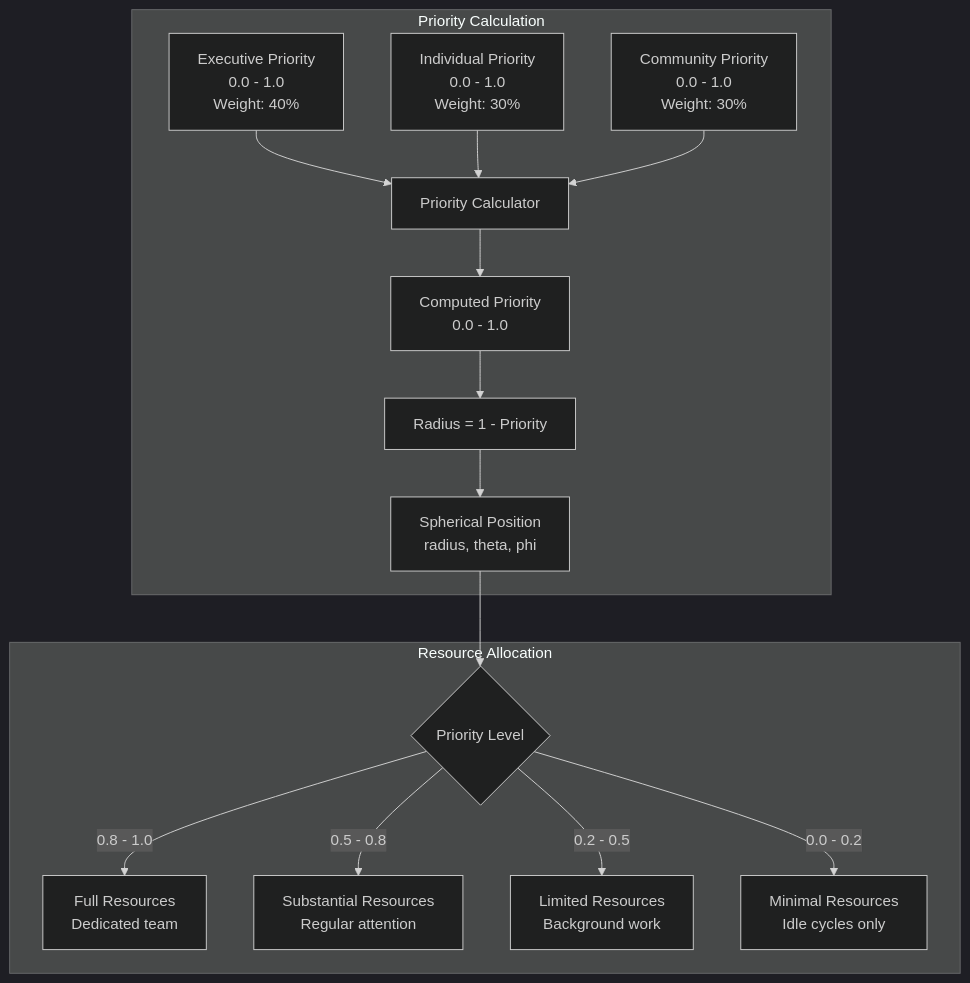
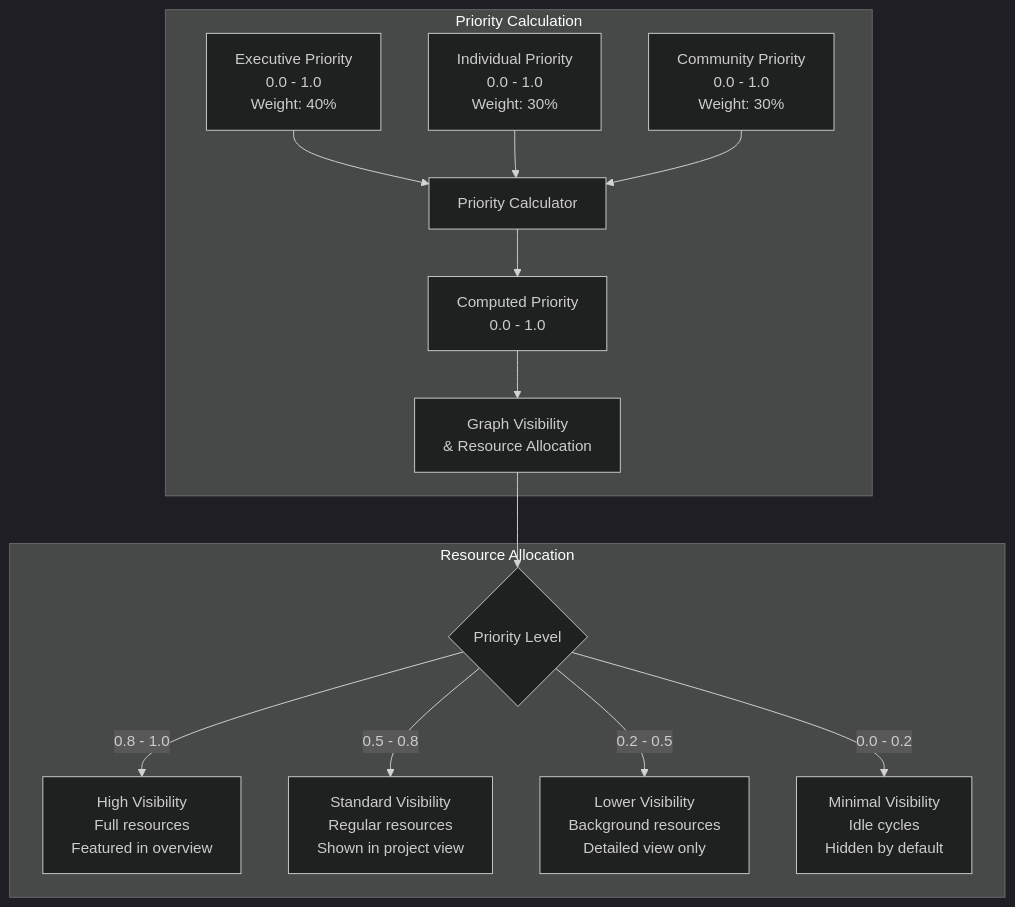
One commit to GraphDone/GraphDone-Core changed the fifth of 13 diagrams in docs/detailed-overview.md. Above: the diagram before and after it, drawn with Mermaid (dark theme). The commit also changed other lines of this file and 2 other files, not shown here.

First line of the commit message:
Update documentation to reflect 2D multi-level graph approach

````diff
--- a/docs/detailed-overview.md
+++ b/docs/detailed-overview.md
@@ -146,25 +158,23 @@
 ```mermaid
 graph TB
     subgraph "Priority Calculation"
         E[Executive Priority<br/>0.0 - 1.0<br/>Weight: 40%]
         I[Individual Priority<br/>0.0 - 1.0<br/>Weight: 30%]
         C[Community Priority<br/>0.0 - 1.0<br/>Weight: 30%]
         
         E --> CALC[Priority Calculator]
         I --> CALC
         C --> CALC
         
         CALC --> CP[Computed Priority<br/>0.0 - 1.0]
-        CP --> R[Radius = 1 - Priority]
-        
-        R --> POS[Spherical Position<br/>radius, theta, phi]
+        CP --> VIS[Graph Visibility<br/>& Resource Allocation]
     end
     
     subgraph "Resource Allocation"
-        POS --> RA{Priority Level}
-        RA -->|0.8 - 1.0| FR[Full Resources<br/>Dedicated team]
-        RA -->|0.5 - 0.8| SR[Substantial Resources<br/>Regular attention]
-        RA -->|0.2 - 0.5| LR[Limited Resources<br/>Background work]
-        RA -->|0.0 - 0.2| MR[Minimal Resources<br/>Idle cycles only]
+        VIS --> RA{Priority Level}
+        RA -->|0.8 - 1.0| FR[High Visibility<br/>Full resources<br/>Featured in overview]
+        RA -->|0.5 - 0.8| SR[Standard Visibility<br/>Regular resources<br/>Shown in project view]
+        RA -->|0.2 - 0.5| LR[Lower Visibility<br/>Background resources<br/>Detailed view only]
+        RA -->|0.0 - 0.2| MR[Minimal Visibility<br/>Idle cycles<br/>Hidden by default]
     end
 ```
````
